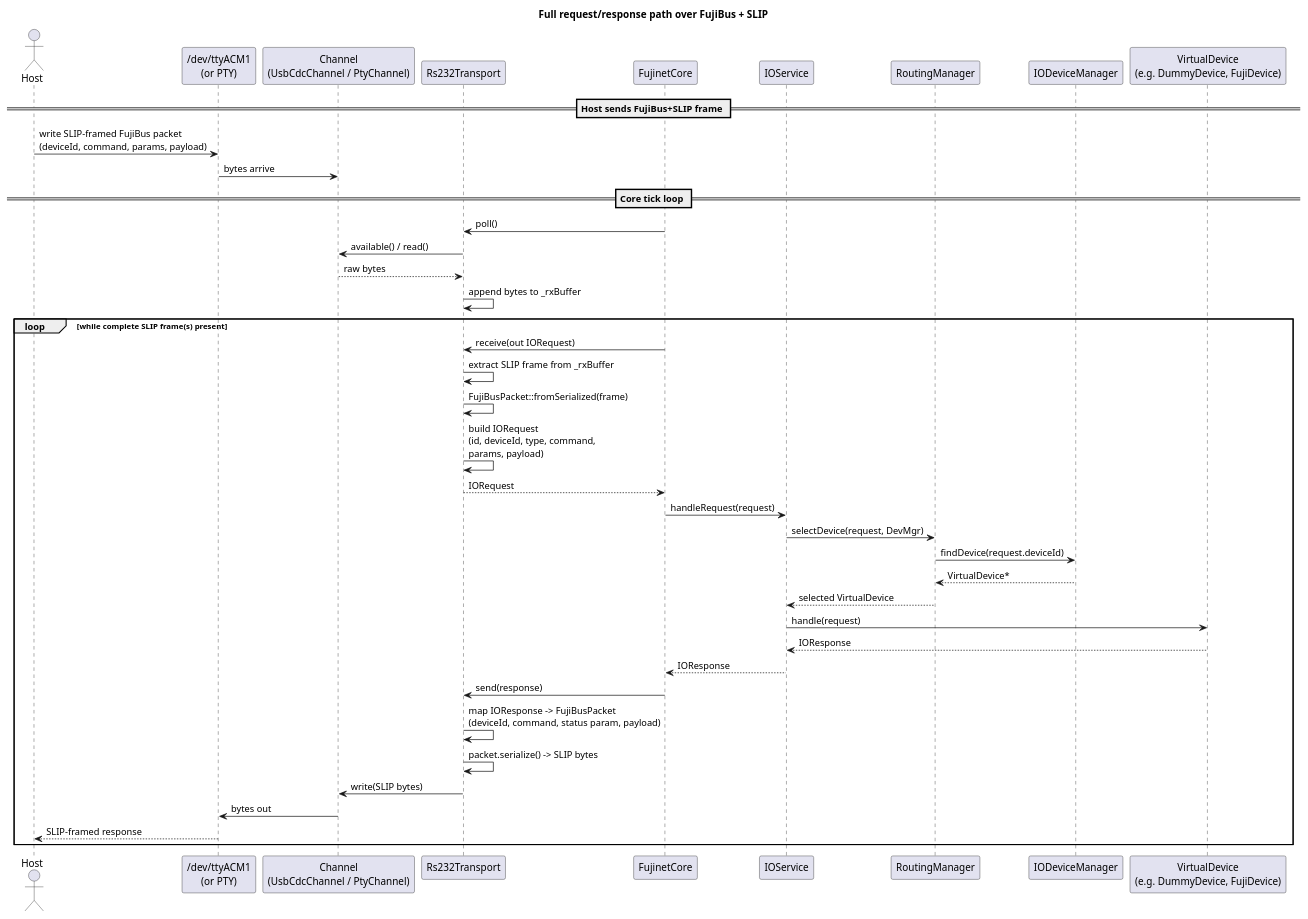
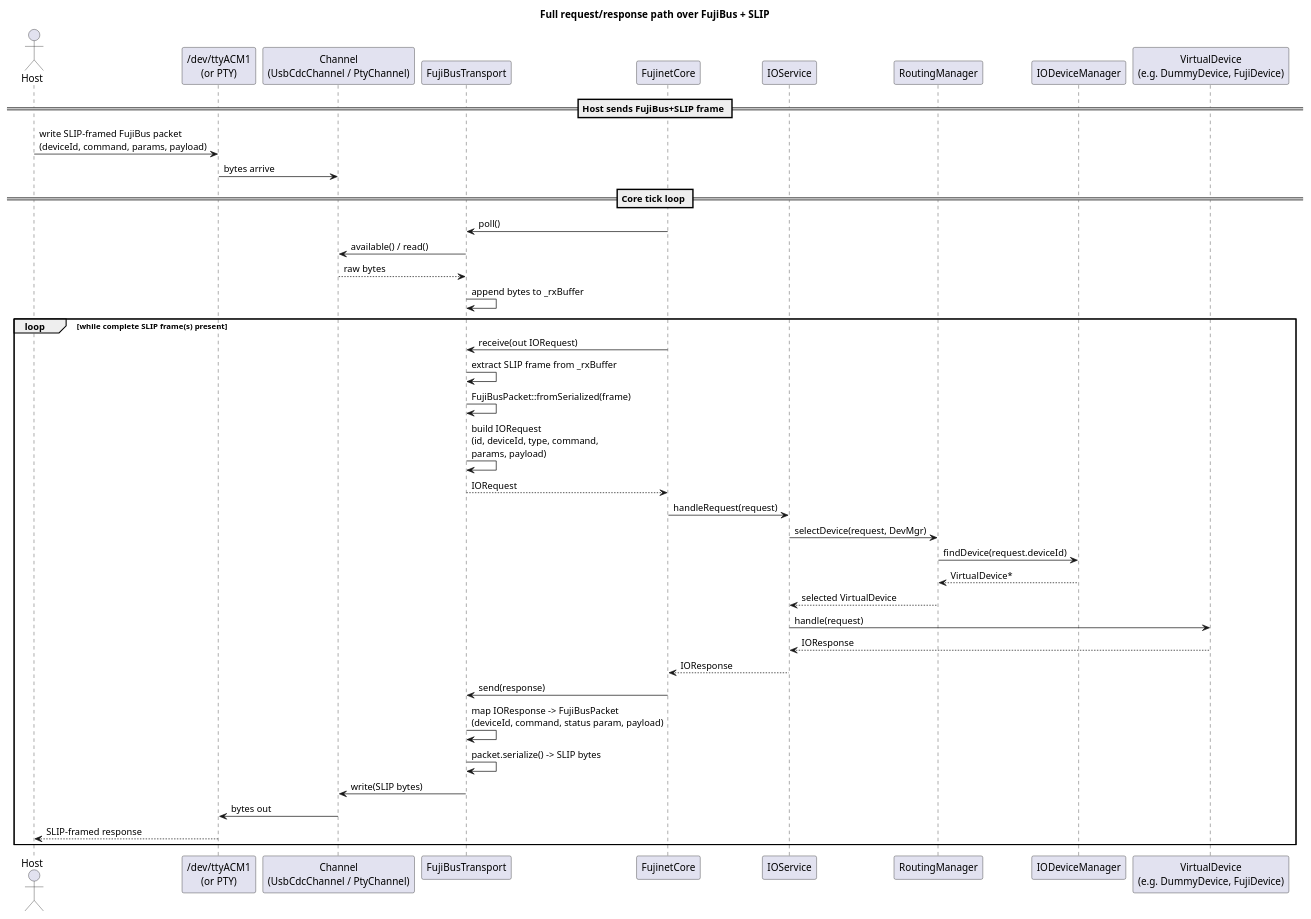
Before and after one commit to markjfisher/fujinet-nio: the diagram in docs/seq_request_response.puml, drawn with PlantUML. The commit also changed 12 other files, not shown here.

```diff
--- a/docs/seq_request_response.puml
+++ b/docs/seq_request_response.puml
@@ -1,55 +1,55 @@
 @startuml RequestResponseFlow
 title Full request/response path over FujiBus + SLIP
 
 skinparam shadowing false
 
 actor Host as Host
 participant "/dev/ttyACM1\n(or PTY)" as Serial
 participant "Channel\n(UsbCdcChannel / PtyChannel)" as Channel
-participant "Rs232Transport" as Transport
+participant "FujiBusTransport" as Transport
 participant "FujinetCore" as Core
 participant "IOService" as IOService
 participant "RoutingManager" as Router
 participant "IODeviceManager" as DevMgr
 participant "VirtualDevice\n(e.g. DummyDevice, FujiDevice)" as Device
 
 == Host sends FujiBus+SLIP frame ==
 
 Host -> Serial : write SLIP-framed FujiBus packet\n(deviceId, command, params, payload)
 Serial -> Channel : bytes arrive
 
 == Core tick loop ==
 
 Core -> Transport : poll()
 Transport -> Channel : available() / read()
 Channel --> Transport : raw bytes
 Transport -> Transport : append bytes to _rxBuffer
 
 loop while complete SLIP frame(s) present
   Core -> Transport : receive(out IORequest)
   Transport -> Transport : extract SLIP frame from _rxBuffer
   Transport -> Transport : FujiBusPacket::fromSerialized(frame)
   Transport -> Transport : build IORequest\n(id, deviceId, type, command,\nparams, payload)
 
   Transport --> Core : IORequest
 
   Core -> IOService : handleRequest(request)
   IOService -> Router : selectDevice(request, DevMgr)
   Router -> DevMgr : findDevice(request.deviceId)
   DevMgr --> Router : VirtualDevice*
   Router --> IOService : selected VirtualDevice
 
   IOService -> Device : handle(request)
   Device --> IOService : IOResponse
   IOService --> Core : IOResponse
 
   Core -> Transport : send(response)
   Transport -> Transport : map IOResponse -> FujiBusPacket\n(deviceId, command, status param, payload)
   Transport -> Transport : packet.serialize() -> SLIP bytes
   Transport -> Channel : write(SLIP bytes)
   Channel -> Serial : bytes out
 
   Serial --> Host : SLIP-framed response
 end
 
 @enduml
```
